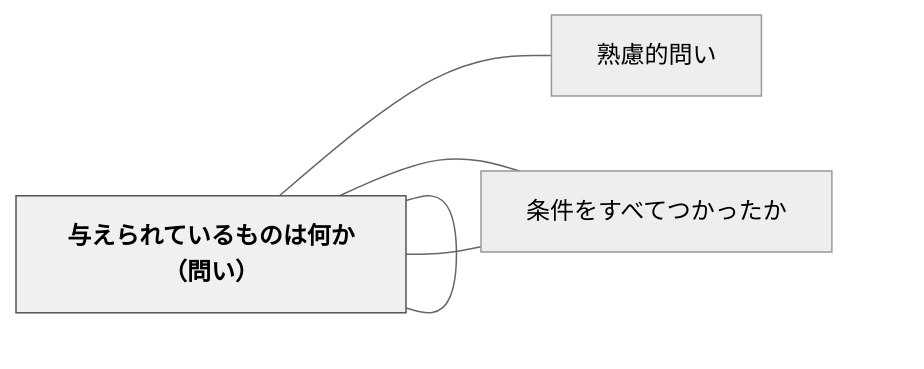
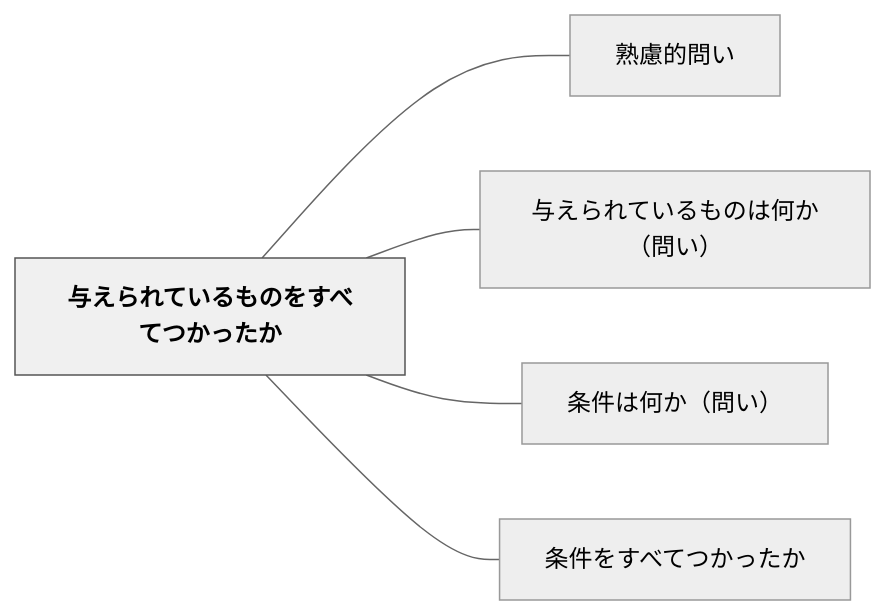
The diagram in content/パタン/与えられているものをすべてつかったか.md (unknownthings-ed-patterns/unknownthings-ed-patterns), drawn with Mermaid (neutral theme) before and after one commit. The commit also changed 527 other files, not shown here.

````diff
--- a/content/パタン/与えられているものをすべてつかったか.md
+++ b/content/パタン/与えられているものをすべてつかったか.md
@@ -54,16 +54,16 @@
 ```mermaid
 flowchart LR
-    ne4b88ee38188["与えられているものをすべてつかったか"]
-    ne7869fe685ae["熟慮的問い"]
-    ne4b88ee38188["与えられているものは何か（問い）"]
-    ne69da1e4bbb6["条件は何か（問い）"]
-    ne69da1e4bbb6["条件をすべてつかったか"]
+    ne4b88ee38188e38289e3828ce381a6e38184e3828be38282e381aee38292e38199e381b9e381a6e381a4e3818be381a3e3819fe3818b["与えられているものをすべてつかったか"]
+    ne7869fe685aee79a84e5958fe38184["熟慮的問い"]
+    ne4b88ee38188e38289e3828ce381a6e38184e3828be38282e381aee381afe4bd95e3818befbc88e5958fe38184efbc89["与えられているものは何か（問い）"]
+    ne69da1e4bbb6e381afe4bd95e3818befbc88e5958fe38184efbc89["条件は何か（問い）"]
+    ne69da1e4bbb6e38292e38199e381b9e381a6e381a4e3818be381a3e3819fe3818b["条件をすべてつかったか"]
 
-    ne4b88ee38188 --- ne7869fe685ae
-    ne4b88ee38188 --- ne4b88ee38188
-    ne4b88ee38188 --- ne69da1e4bbb6
-    ne4b88ee38188 --- ne69da1e4bbb6
+    ne4b88ee38188e38289e3828ce381a6e38184e3828be38282e381aee38292e38199e381b9e381a6e381a4e3818be381a3e3819fe3818b --- ne7869fe685aee79a84e5958fe38184
+    ne4b88ee38188e38289e3828ce381a6e38184e3828be38282e381aee38292e38199e381b9e381a6e381a4e3818be381a3e3819fe3818b --- ne4b88ee38188e38289e3828ce381a6e38184e3828be38282e381aee381afe4bd95e3818befbc88e5958fe38184efbc89
+    ne4b88ee38188e38289e3828ce381a6e38184e3828be38282e381aee38292e38199e381b9e381a6e381a4e3818be381a3e3819fe3818b --- ne69da1e4bbb6e381afe4bd95e3818befbc88e5958fe38184efbc89
+    ne4b88ee38188e38289e3828ce381a6e38184e3828be38282e381aee38292e38199e381b9e381a6e381a4e3818be381a3e3819fe3818b --- ne69da1e4bbb6e38292e38199e381b9e381a6e381a4e3818be381a3e3819fe3818b
 
     classDef hub fill:#f0f0f0,stroke:#555,color:#000,font-weight:bold
-    class ne4b88ee38188 hub
+    class ne4b88ee38188e38289e3828ce381a6e38184e3828be38282e381aee38292e38199e381b9e381a6e381a4e3818be381a3e3819fe3818b hub
 ```
````
